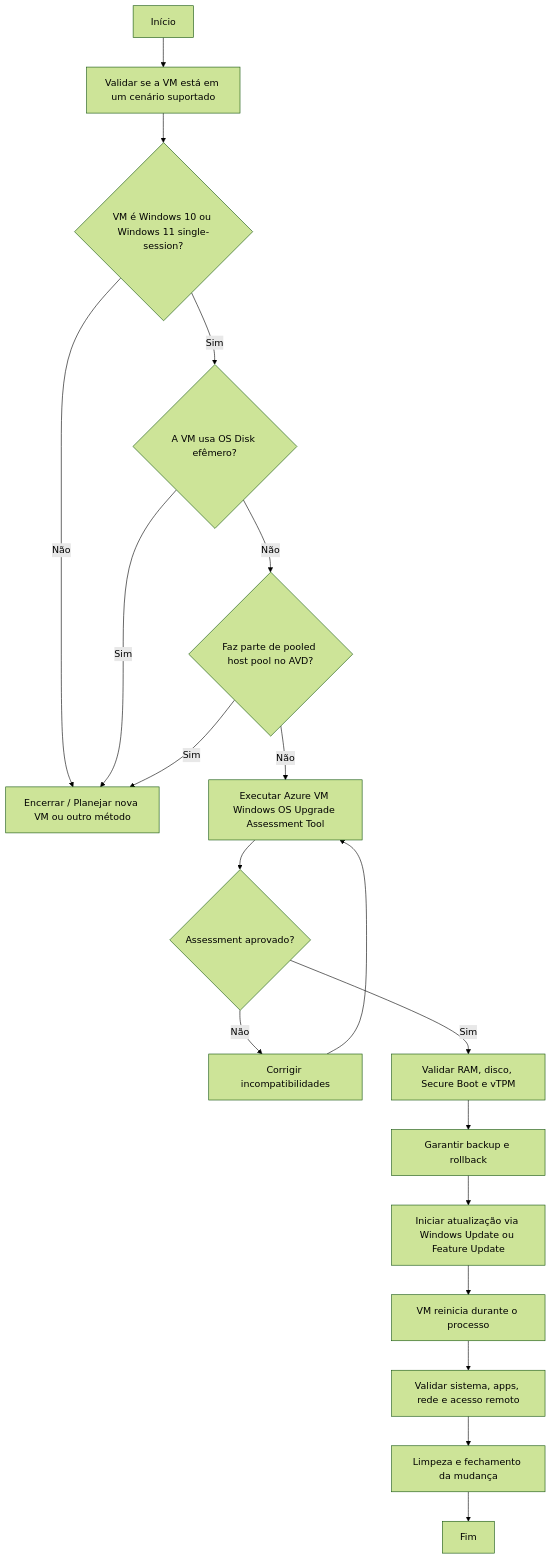
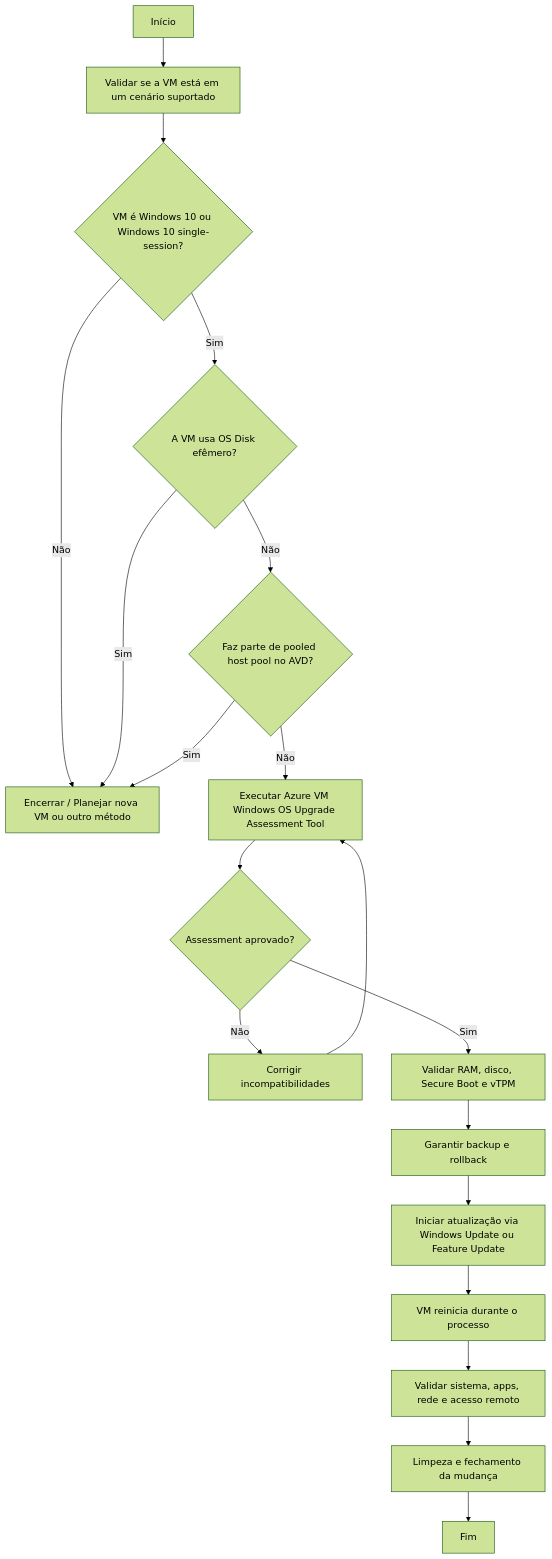
One commit to lfrleite/lfrleite.github.io changed the diagram in _posts/2026/2026-03-23-upgrade-in-place-windows-client.md. Above: the diagram before and after it, drawn with Mermaid (forest theme). The commit also changed 1 other file, not shown here.

Commit message:
Artigo - Upgrade In-Place: Windows Client

````diff
--- a/_posts/2026/2026-03-23-upgrade-in-place-windows-client.md
+++ b/_posts/2026/2026-03-23-upgrade-in-place-windows-client.md
@@ -335,21 +335,21 @@
 ```mermaid
 flowchart TD
     A[Início] --> B[Validar se a VM está em um cenário suportado]
-    B --> C{VM é Windows 10 ou Windows 11 single-session?}
+    B --> C{VM é Windows 10 ou Windows 10 single-session?}
     C -- Não --> Z[Encerrar / Planejar nova VM ou outro método]
     C -- Sim --> D{A VM usa OS Disk efêmero?}
     D -- Sim --> Z
     D -- Não --> E{Faz parte de pooled host pool no AVD?}
     E -- Sim --> Z
     E -- Não --> F[Executar Azure VM Windows OS Upgrade Assessment Tool]
     F --> G{Assessment aprovado?}
     G -- Não --> H[Corrigir incompatibilidades]
     H --> F
     G -- Sim --> I[Validar RAM, disco, Secure Boot e vTPM]
     I --> J[Garantir backup e rollback]
     J --> K[Iniciar atualização via Windows Update ou Feature Update]
     K --> L[VM reinicia durante o processo]
     L --> M[Validar sistema, apps, rede e acesso remoto]
     M --> N[Limpeza e fechamento da mudança]
     N --> O[Fim]
 ```
````
